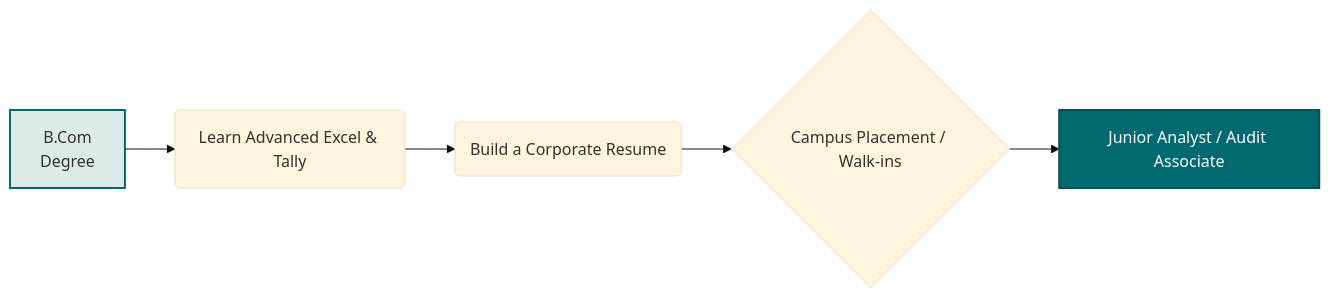
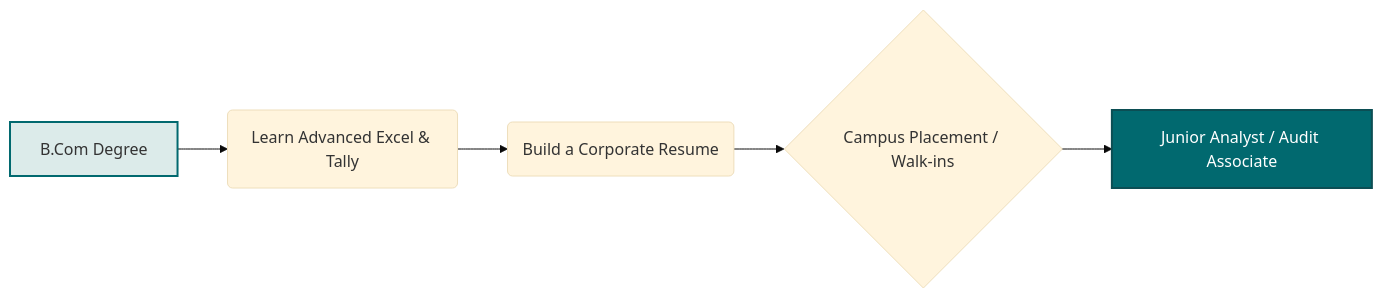
Before and after one commit to the-career-breweries/tcb-soft-skills: the second of 3 diagrams in curriculum-app/src/content/lessons/ug/bcom/sem5/week17.md, drawn with Mermaid (base theme). The commit also changed other lines of this file and 4 other files, not shown here.

Commit message:
fix: correctly initialize mermaid on render with htmlLabels false

````diff
--- a/curriculum-app/src/content/lessons/ug/bcom/sem5/week17.md
+++ b/curriculum-app/src/content/lessons/ug/bcom/sem5/week17.md
@@ -48,10 +48,10 @@
 ```mermaid
 flowchart LR
-    A[B.Com<br/>Degree] --> B(Learn Advanced Excel & Tally)
+    A[B.Com Degree] --> B(Learn Advanced Excel & Tally)
     B --> C(Build a Corporate Resume)
     C --> D{Campus Placement / Walk-ins}
     D --> E[Junior Analyst / Audit Associate]
     
     style A fill:#dcebea,stroke:#01696f,stroke-width:2px
     style E fill:#01696f,stroke:#0c4e54,stroke-width:2px,color:#fff
 ```
````
